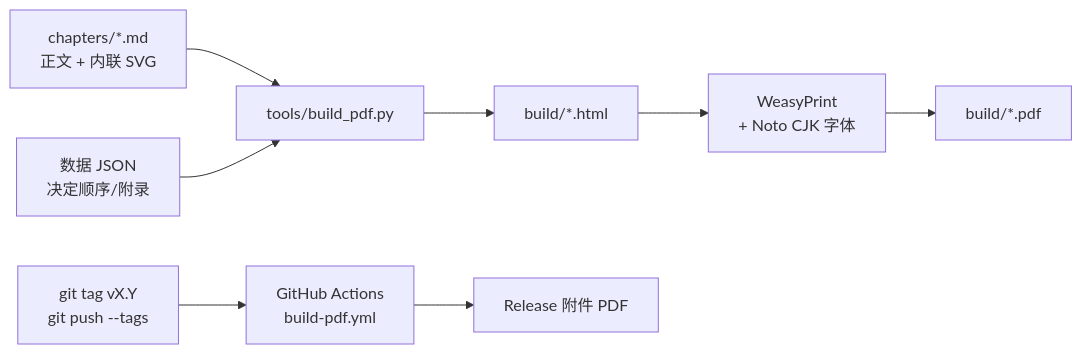
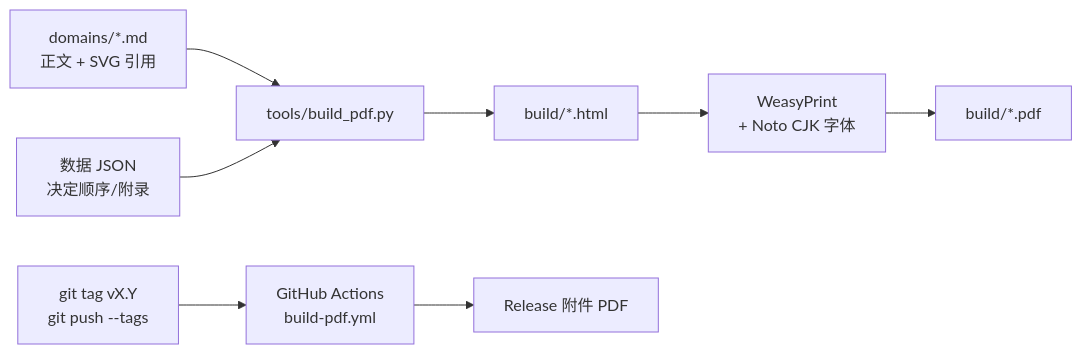
One commit to TeancumTian/tech-encyclopedia changed the diagram in MAINTAINING.md. Above: the diagram before and after it, drawn with Mermaid. The commit also changed other lines of this file and 15 other files, not shown here.

````diff
--- a/MAINTAINING.md
+++ b/MAINTAINING.md
@@ -7,10 +9,10 @@
 ```mermaid
 flowchart LR
-  A[chapters/*.md<br/>正文 + 内联 SVG] --> B[tools/build_pdf.py]
+  A[domains/*.md<br/>正文 + SVG 引用] --> B[tools/build_pdf.py]
   D[数据 JSON<br/>决定顺序/附录] --> B
   B --> H[build/*.html]
   H --> W[WeasyPrint<br/>+ Noto CJK 字体]
   W --> P[build/*.pdf]
   T[git tag vX.Y<br/>git push --tags] --> G[GitHub Actions<br/>build-pdf.yml]
   G --> R[Release 附件 PDF]
 ```
````
